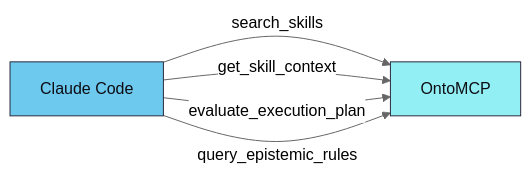
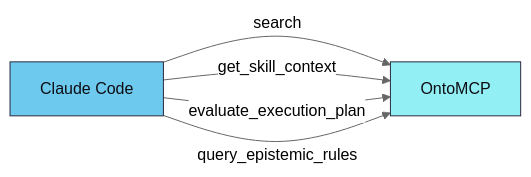
Before and after one commit to mareasoftware/ontoclaw: the third of 3 diagrams in mcp/README_zh.md, drawn with Mermaid (neutral theme). The commit also changed other lines of this file and 103 other files, not shown here.

````diff
--- a/mcp/README_zh.md
+++ b/mcp/README_zh.md
@@ -211,10 +239,10 @@
 ```mermaid
 flowchart LR
-    CLAUDE["Claude Code"] -->|"search_skills"| TOOLS["OntoMCP"]
+    CLAUDE["Claude Code"] -->|"search"| TOOLS["OntoMCP"]
     CLAUDE -->|"get_skill_context"| TOOLS
     CLAUDE -->|"evaluate_execution_plan"| TOOLS
     CLAUDE -->|"query_epistemic_rules"| TOOLS
 
     style CLAUDE fill:#6dc9ee,stroke:#2a2a3e,color:#0d0d14
     style TOOLS fill:#92eff4,stroke:#2a2a3e,color:#0d0d14
 ```
````
